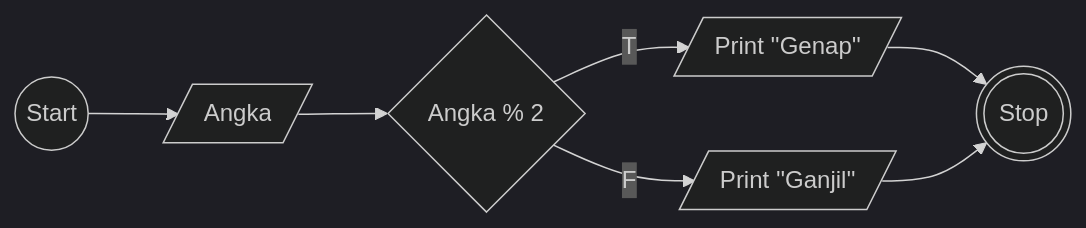
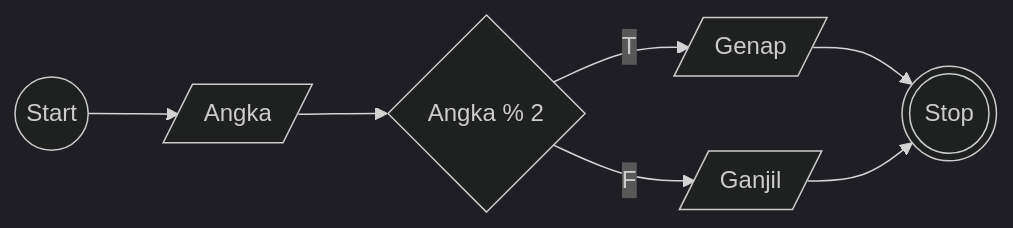
Before and after one commit to aldi-ardyansah/koda-b10-algoritma: the first of 2 diagrams in README.md, drawn with Mermaid (dark theme). The commit also changed other lines of this file, not shown here.

````diff
--- a/README.md
+++ b/README.md
@@ -23,7 +23,7 @@
 ```mermaid
 flowchart LR
     A((Start)) --> B[/Angka/]
     B[/Angka/] --> C{Angka % 2}
-    C{Angka % 2} --T--> D[/Print ''Genap''/] --> F(((Stop)))
-    C{Angka % 2} --F--> E[/Print ''Ganjil''/] --> F(((Stop)))
+    C{Angka % 2} --T--> D[/"Genap"/] --> F(((Stop)))
+    C{Angka % 2} --F--> E[/"Ganjil"/] --> F(((Stop)))
 ```
````
